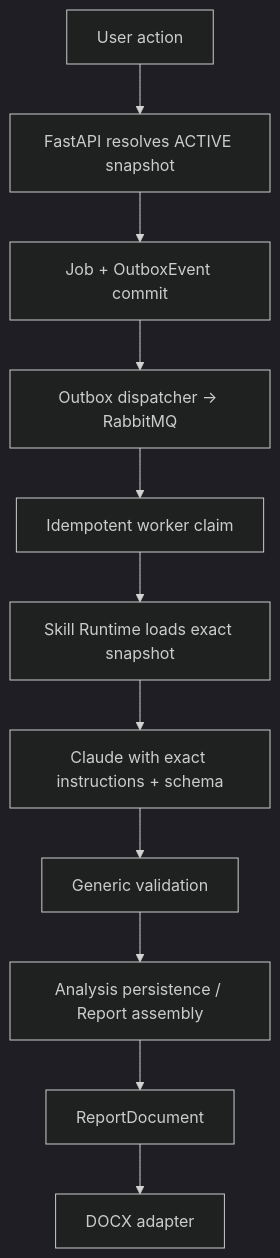
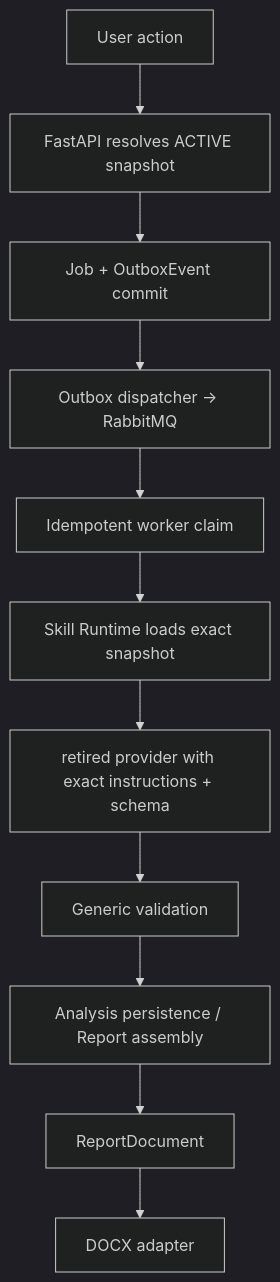
The diagram in docs/adr/0009-authoritative-skill-runtime-phase-4.md (Jeysibn/noc-report), drawn with Mermaid (dark theme) before and after one commit. The commit also changed other lines of this file and 148 other files, not shown here.

````diff
--- a/docs/adr/0009-authoritative-skill-runtime-phase-4.md
+++ b/docs/adr/0009-authoritative-skill-runtime-phase-4.md
@@ -56,13 +56,13 @@
 ```mermaid
 flowchart TD
   U[User action] --> A[FastAPI resolves ACTIVE snapshot]
   A --> J[Job + OutboxEvent commit]
   J --> Q[Outbox dispatcher -> RabbitMQ]
   Q --> W[Idempotent worker claim]
   W --> R[Skill Runtime loads exact snapshot]
-  R --> C[Claude with exact instructions + schema]
+  R --> C[retired provider with exact instructions + schema]
   C --> V[Generic validation]
   V --> P[Analysis persistence / Report assembly]
   P --> D[ReportDocument]
   D --> X[DOCX adapter]
 ```
````
